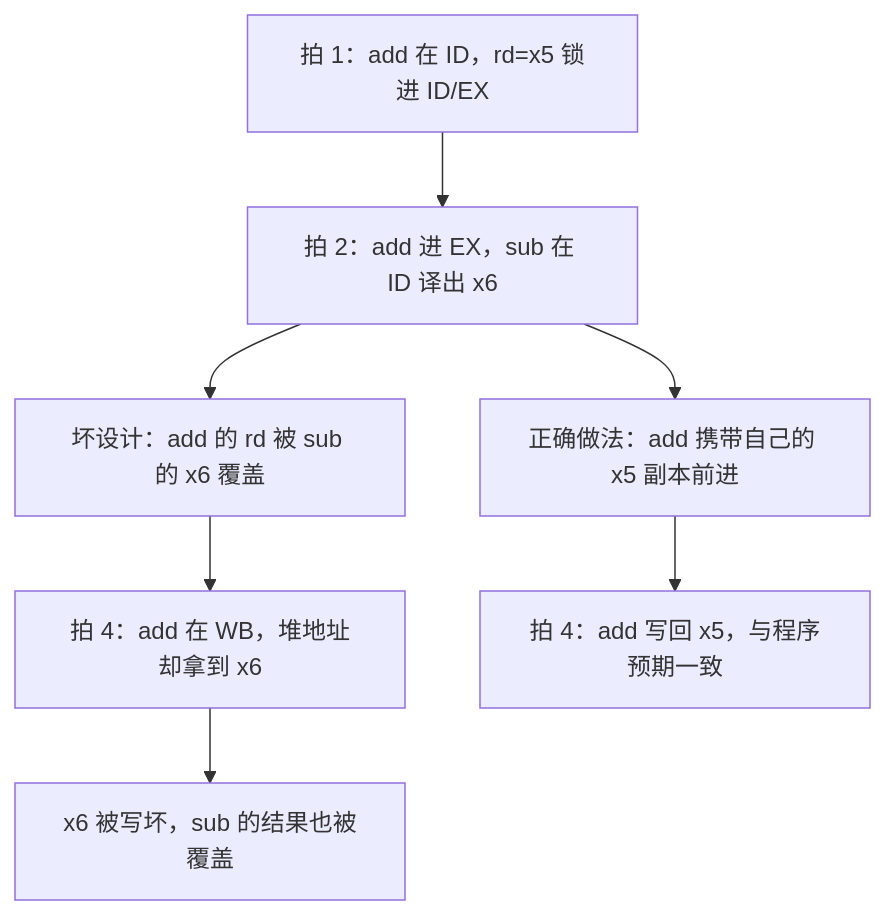
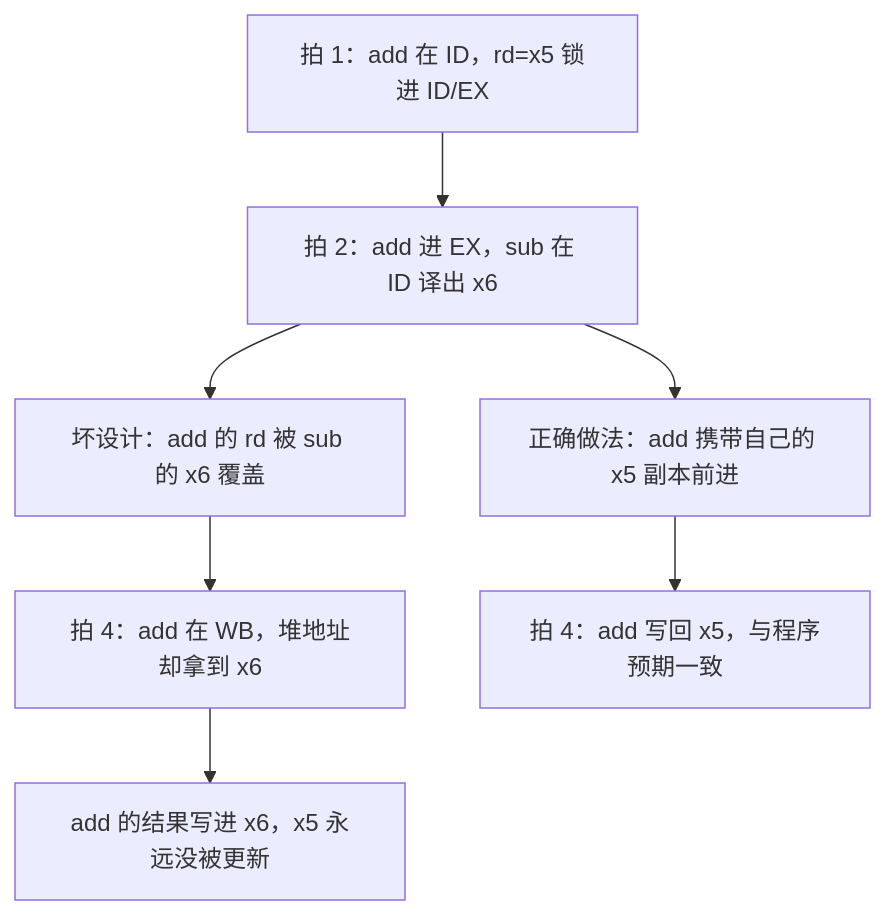
One commit to xhongduo-tech/xhongduo-tech.github.io changed the second of 2 diagrams in docs/cs/pipeline-registers.md. Above: the diagram before and after it, drawn with Mermaid. The commit also changed other lines of this file and 3 other files, not shown here.

````diff
--- a/docs/cs/pipeline-registers.md
+++ b/docs/cs/pipeline-registers.md
@@ -53,9 +53,9 @@
 ```mermaid
 flowchart TD
   T1["拍 1：add 在 ID，rd=x5 锁进 ID/EX"] --> T2["拍 2：add 进 EX，sub 在 ID 译出 x6"]
   T2 --> BAD["坏设计：add 的 rd 被 sub 的 x6 覆盖"]
   T2 --> GOOD["正确做法：add 携带自己的 x5 副本前进"]
   BAD --> T3["拍 4：add 在 WB，堆地址却拿到 x6"]
-  T3 --> BUG["x6 被写坏，sub 的结果也被覆盖"]
+  T3 --> BUG["add 的结果写进 x6，x5 永远没被更新"]
   GOOD --> T4["拍 4：add 写回 x5，与程序预期一致"]
 ```
````
